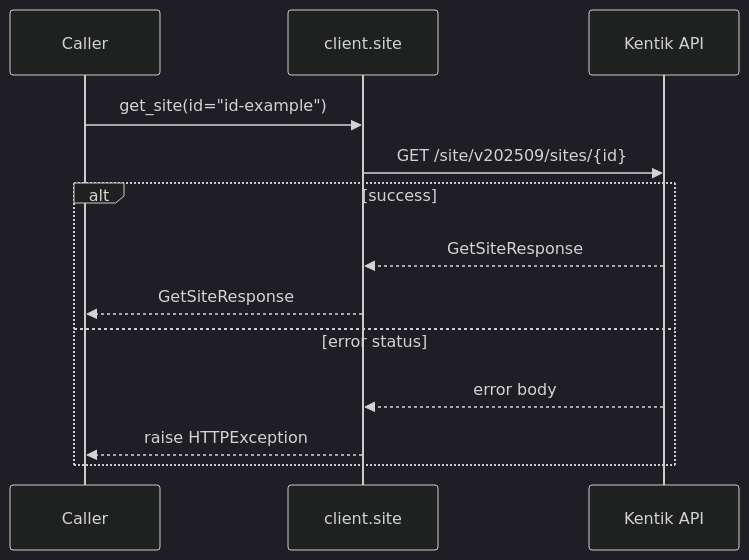
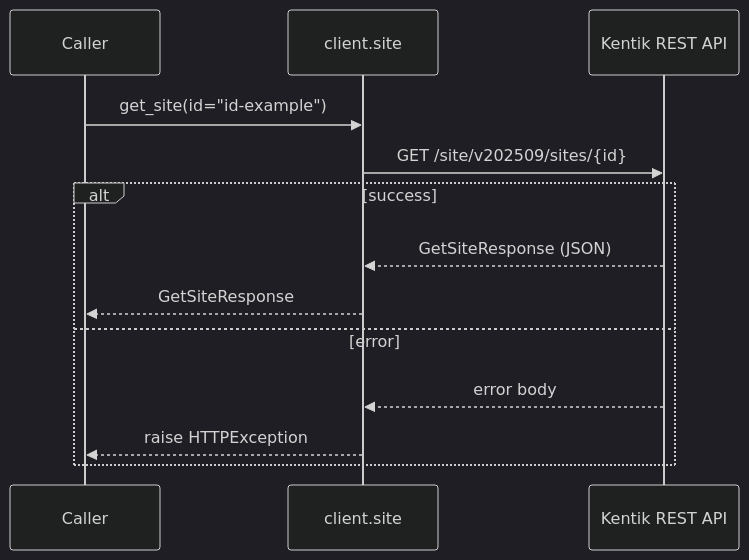
One commit to alexdearaujo/community_sdk_python changed diagram 16 of 22 in docs/sphinx/services/site.md. Above: the diagram before and after it, drawn with Mermaid (dark theme). The commit also changed other lines of this file and 61 other files, not shown here.

````diff
--- a/docs/sphinx/services/site.md
+++ b/docs/sphinx/services/site.md
@@ -369,16 +546,16 @@
 ```mermaid
 sequenceDiagram
     participant C as Caller
     participant W as client.site
-    participant API as Kentik API
+    participant API as Kentik REST API
 
     C->>W: get_site(id="id-example")
     W->>API: GET /site/v202509/sites/{id}
     alt success
-        API-->>W: GetSiteResponse
+        API-->>W: GetSiteResponse (JSON)
         W-->>C: GetSiteResponse
-    else error status
+    else error
         API-->>W: error body
         W-->>C: raise HTTPException
     end
 ```
````
